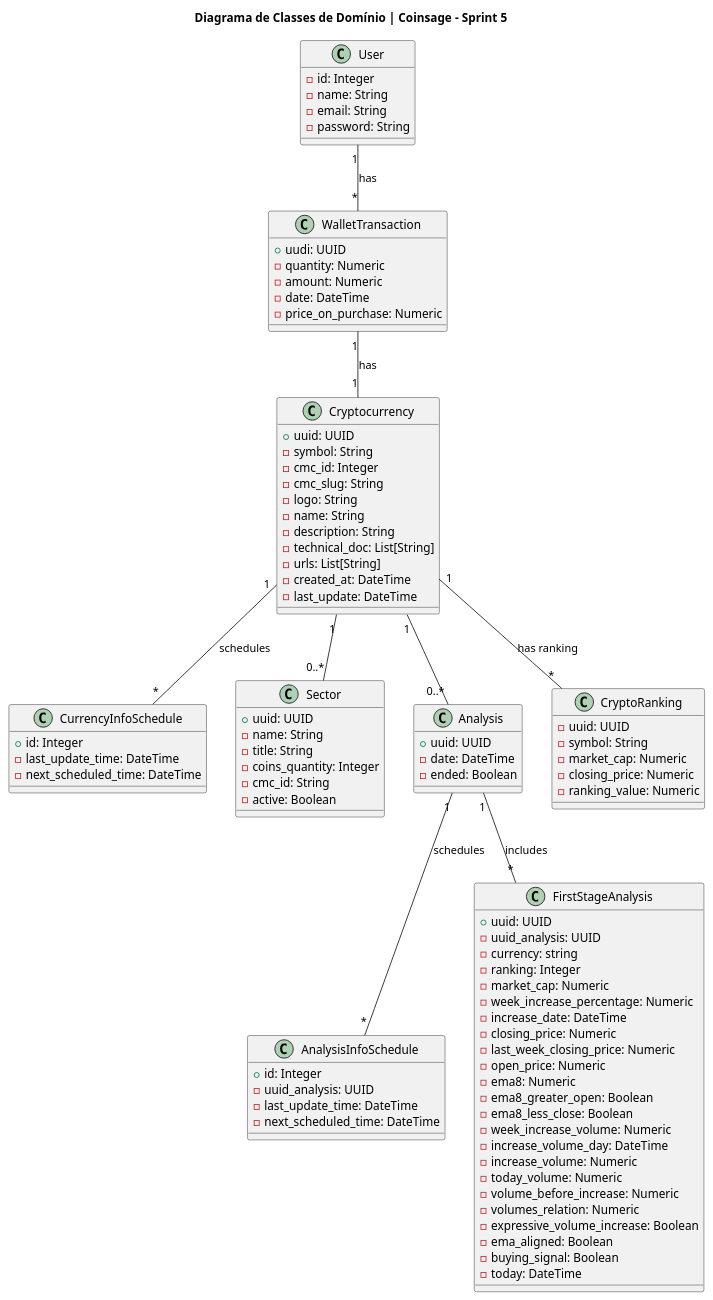
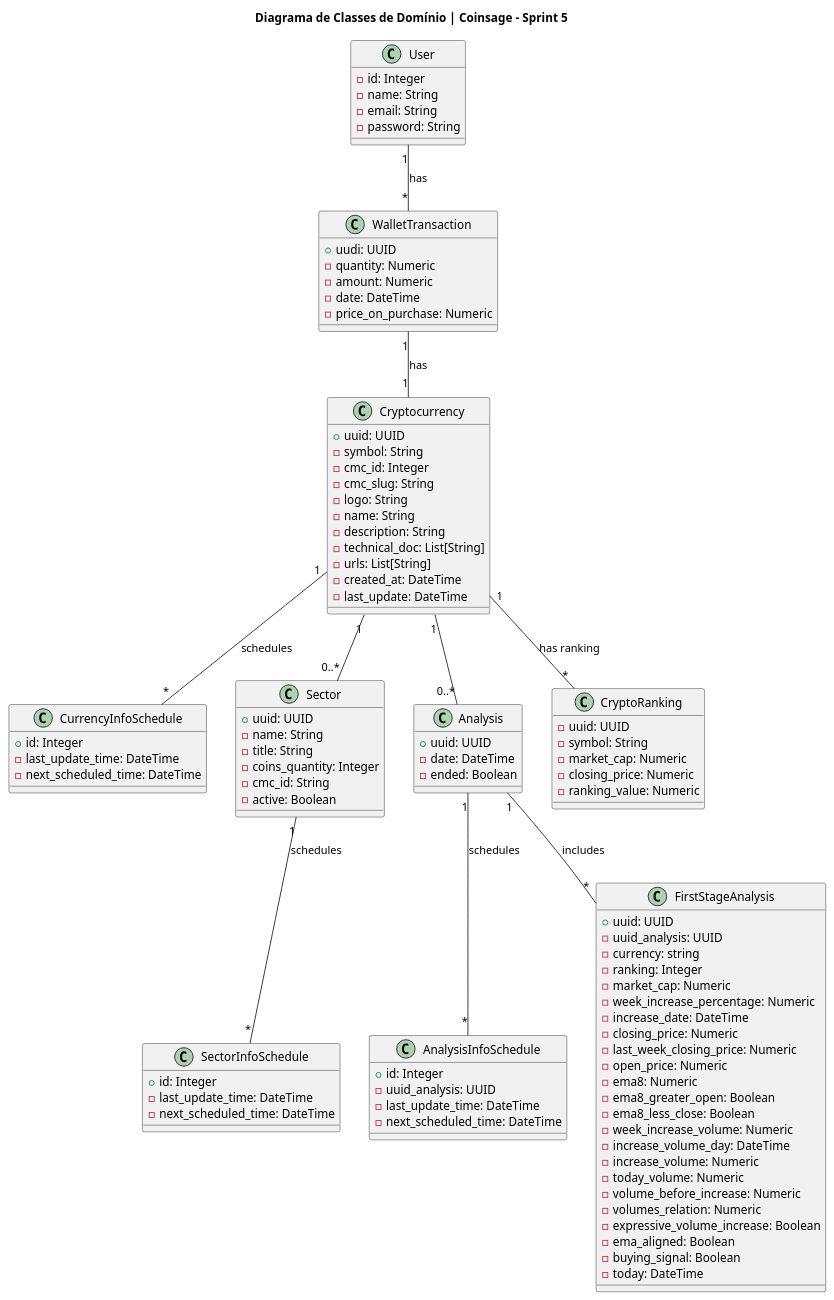
The diagram in Artefatos/diagramas/diagrama_de_classes/class_diagram.plantuml (ICEI-PUC-Minas-PPLES-TI/plf-es-2024-1-ti3-8981100-coinsage), drawn with PlantUML before and after one commit. The commit also changed 13 other files, not shown here.

Commit message:
corrigidos os diagramas de classe e de casos de uso e atualizados os slides para apresentação

```diff
--- a/Artefatos/diagramas/diagrama_de_classes/class_diagram.plantuml
+++ b/Artefatos/diagramas/diagrama_de_classes/class_diagram.plantuml
@@ -1,106 +1,112 @@
 @startuml Diagrama de Classes
 title Diagrama de Classes de Domínio | Coinsage - Sprint 5
+
+class User{
+    - id: Integer
+    - name: String
+    - email: String
+    - password: String
+}
+
+class WalletTransaction {
+    + uudi: UUID
+    - quantity: Numeric
+    - amount: Numeric
+    - date: DateTime
+    - price_on_purchase: Numeric
+}
 
 class Cryptocurrency {
     + uuid: UUID
     - symbol: String
     - cmc_id: Integer
     - cmc_slug: String
     - logo: String
     - name: String
     - description: String
     - technical_doc: List[String]
     - urls: List[String]
     - created_at: DateTime
     - last_update: DateTime
 }
 
 class CurrencyInfoSchedule {
     + id: Integer
     - last_update_time: DateTime
     - next_scheduled_time: DateTime
-
 }
 
 class Sector {
     + uuid: UUID
     - name: String
     - title: String
     - coins_quantity: Integer
     - cmc_id: String
     - active: Boolean
+}
+
+class SectorInfoSchedule {
+    + id: Integer
+    - last_update_time: DateTime
+    - next_scheduled_time: DateTime
 }
 
 class Analysis {
     + uuid: UUID
     - date: DateTime
     - ended: Boolean
 }
 
 class AnalysisInfoSchedule {
     + id: Integer
     - uuid_analysis: UUID
     - last_update_time: DateTime
     - next_scheduled_time: DateTime
 }
 
 class FirstStageAnalysis {
     + uuid: UUID
     - uuid_analysis: UUID
     - currency: string
     - ranking: Integer
     - market_cap: Numeric
     - week_increase_percentage: Numeric
     - increase_date: DateTime
     - closing_price: Numeric
     - last_week_closing_price: Numeric
     - open_price: Numeric
     - ema8: Numeric
     - ema8_greater_open: Boolean
     - ema8_less_close: Boolean
     - week_increase_volume: Numeric
     - increase_volume_day: DateTime
     - increase_volume: Numeric
     - today_volume: Numeric
     - volume_before_increase: Numeric
     - volumes_relation: Numeric
     - expressive_volume_increase: Boolean
     - ema_aligned: Boolean
     - buying_signal: Boolean
     - today: DateTime
 }
 
-class WalletTransaction {
-    + uudi: UUID
-    - quantity: Numeric
-    - amount: Numeric
-    - date: DateTime
-    - price_on_purchase: Numeric
-}
-
 class CryptoRanking {
     - uuid: UUID
     - symbol: String
     - market_cap: Numeric
     - closing_price: Numeric
     - ranking_value: Numeric
 }
 
-class User{
-    - id: Integer
-    - name: String
-    - email: String
-    - password: String
-}
-
 ' Relações entre as classes
+User "1" -- "*" WalletTransaction : "has"
+WalletTransaction "1" -- "1" Cryptocurrency : "has"
 Cryptocurrency "1" -- "*" CurrencyInfoSchedule: schedules
 Cryptocurrency "1" -- "0..*" Sector
+Sector "1" -- "*" SectorInfoSchedule : schedules
 Cryptocurrency "1" -- "0..*" Analysis
 Analysis "1" -- "*" AnalysisInfoSchedule : schedules
 Analysis "1" -- "*" FirstStageAnalysis : includes
 Cryptocurrency "1" -- "*" CryptoRanking : "has ranking"
-WalletTransaction "1" -- "1" Cryptocurrency : "has"
-User "1" -- "*" WalletTransaction : "has"
 
 @enduml
```
